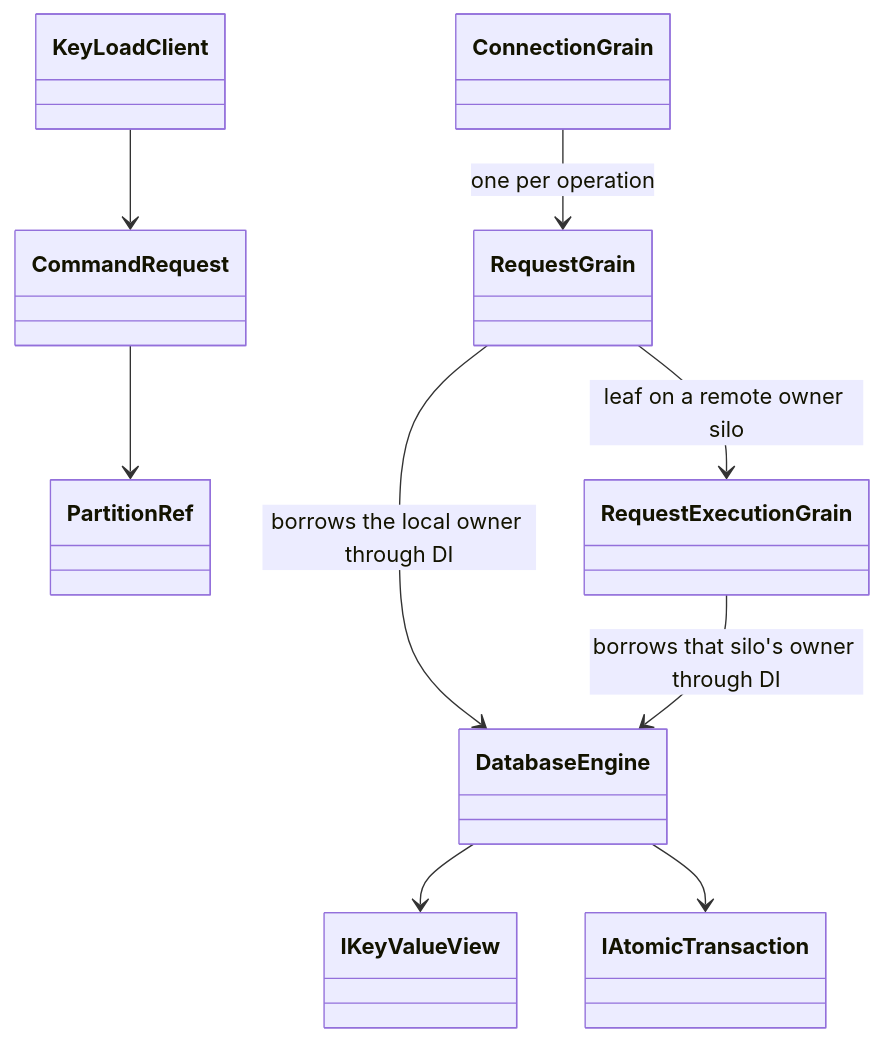
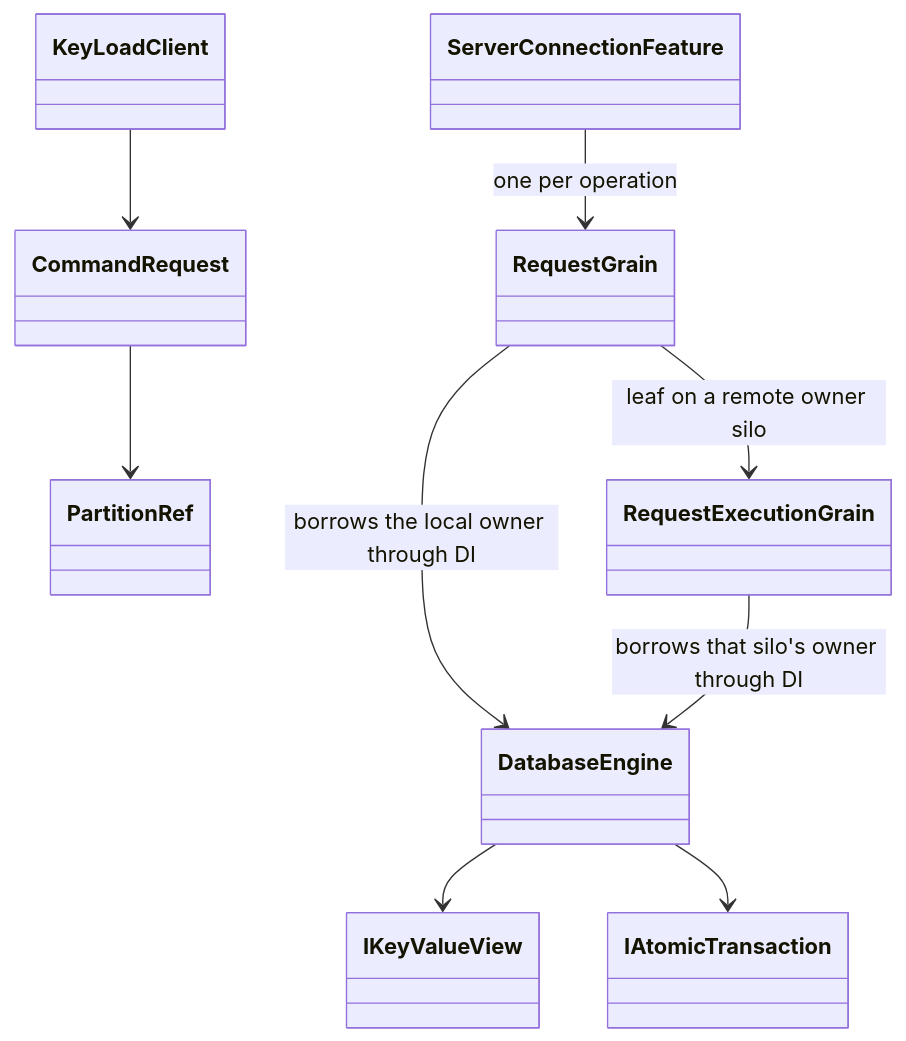
Before and after one commit to managedcode/KeyLoad: the sixth of 26 diagrams in docs/Architecture.md, drawn with Mermaid. The commit also changed other lines of this file and 27 other files, not shown here.

````diff
--- a/docs/Architecture.md
+++ b/docs/Architecture.md
@@ -320,20 +316,20 @@
 ```mermaid
 classDiagram
     class KeyLoadClient
     class CommandRequest
     class PartitionRef
-    class ConnectionGrain
+    class ServerConnectionFeature
     class RequestGrain
     class RequestExecutionGrain
     class DatabaseEngine
     class IKeyValueView
     class IAtomicTransaction
     KeyLoadClient --> CommandRequest
     CommandRequest --> PartitionRef
-    ConnectionGrain --> RequestGrain : one per operation
+    ServerConnectionFeature --> RequestGrain : one per operation
     RequestGrain --> DatabaseEngine : borrows the local owner through DI
     RequestGrain --> RequestExecutionGrain : leaf on a remote owner silo
     RequestExecutionGrain --> DatabaseEngine : borrows that silo's owner through DI
     DatabaseEngine --> IKeyValueView
     DatabaseEngine --> IAtomicTransaction
 ```
````
